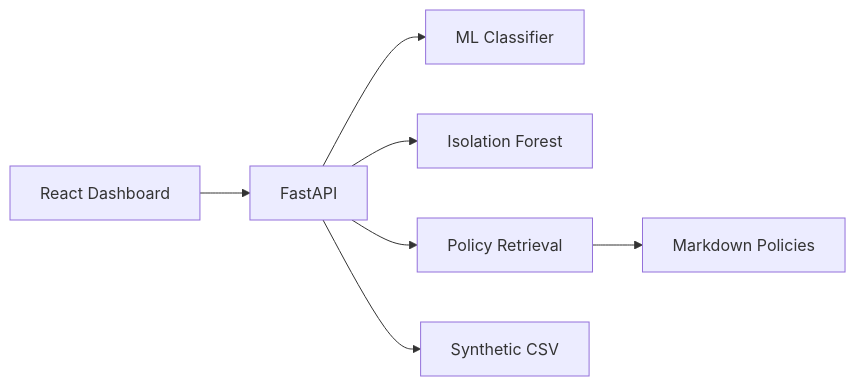
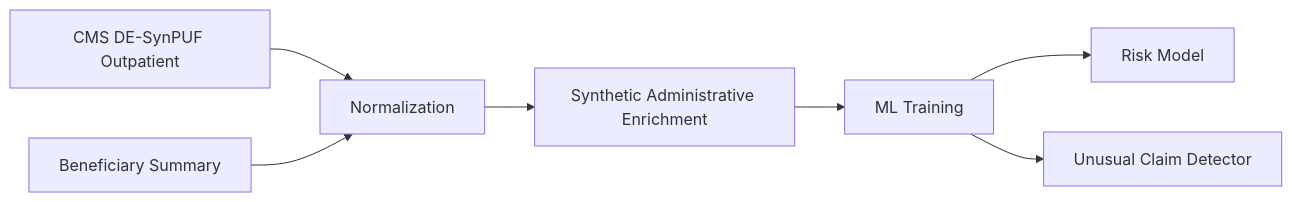
Before and after one commit to shuban2204/HealthOps-ClaimGuard-AI: the diagram in README.md, drawn with Mermaid. The commit also changed other lines of this file and 14 other files, not shown here.

````diff
--- a/README.md
+++ b/README.md
@@ -16,9 +15,9 @@
 ```mermaid
 flowchart LR
-  A[React Dashboard] --> B[FastAPI]
-  B --> C[ML Classifier]
-  B --> D[Isolation Forest]
-  B --> E[Policy Retrieval]
-  E --> F[Markdown Policies]
-  B --> G[Synthetic CSV]
+  A[CMS DE-SynPUF Outpatient] --> B[Normalization]
+  C[Beneficiary Summary] --> B
+  B --> D[Synthetic Administrative Enrichment]
+  D --> E[ML Training]
+  E --> F[Risk Model]
+  E --> G[Unusual Claim Detector]
 ```
````
